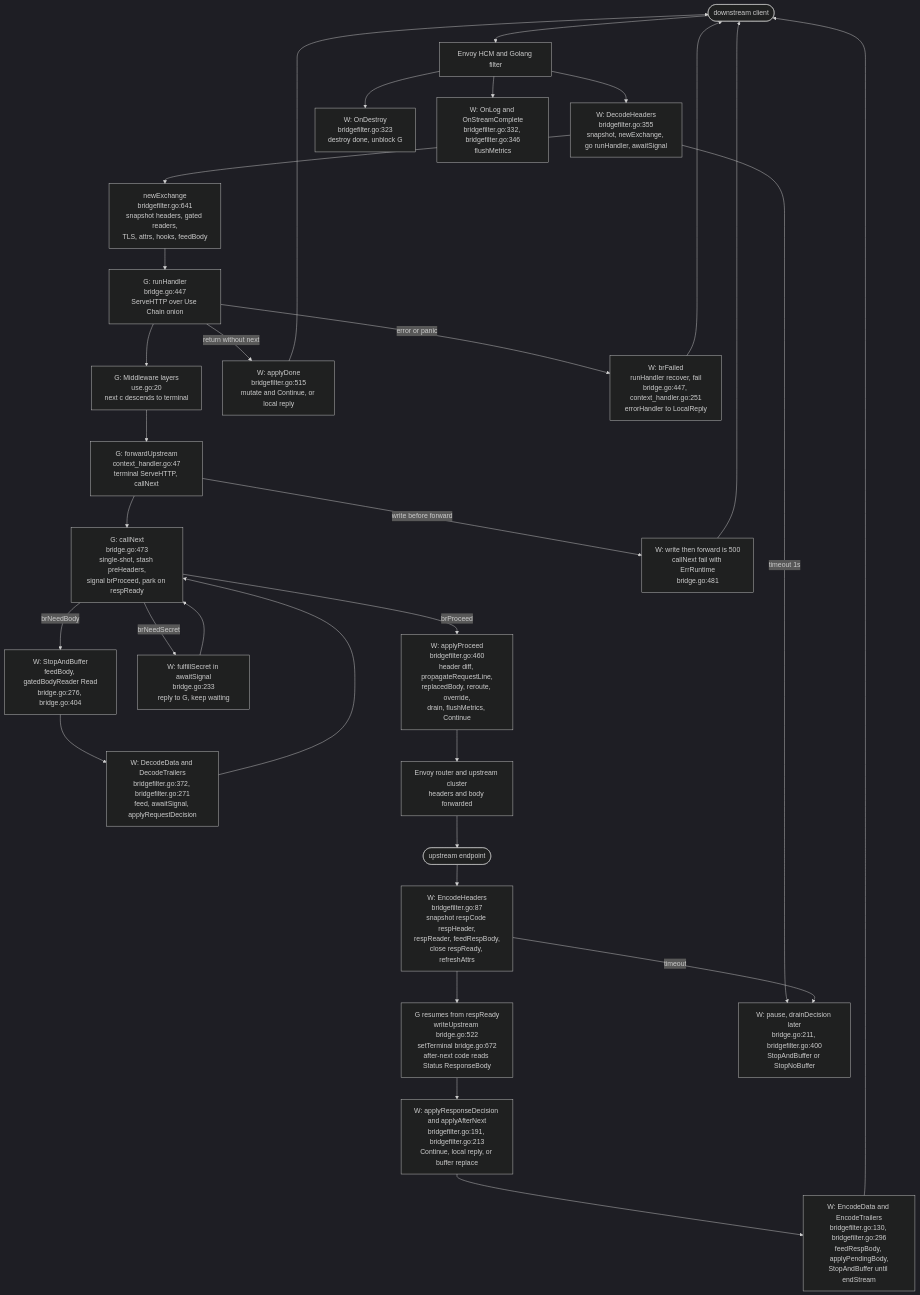
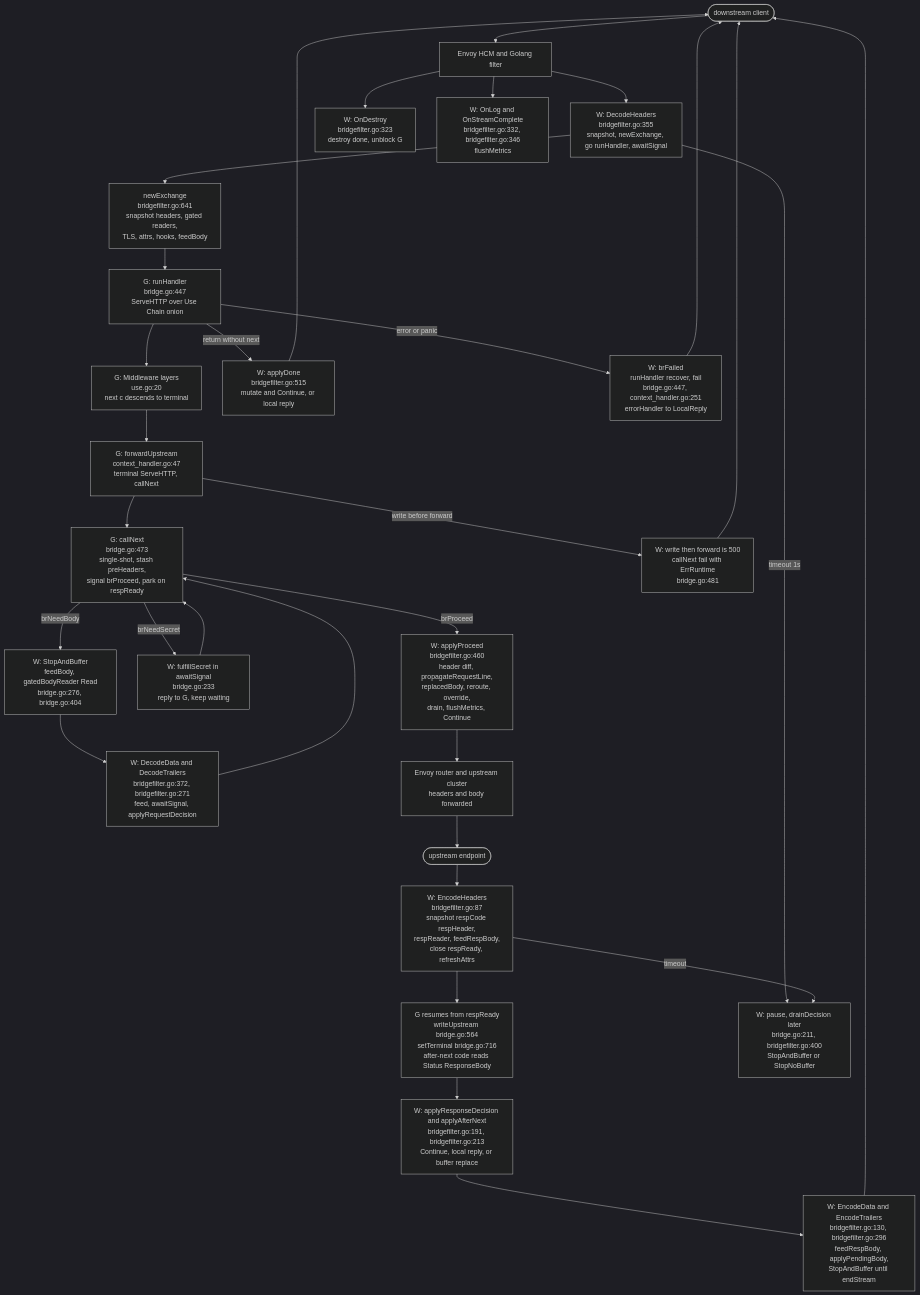
The diagram in docs/gonvoy/architecture.md (ardikabs/gonvoy), drawn with Mermaid (dark theme) before and after one commit. The commit also changed other lines of this file and 27 other files, not shown here.

First line of the commit message:
feat: unify request/response header and body access (#81)

````diff
--- a/docs/gonvoy/architecture.md
+++ b/docs/gonvoy/architecture.md
@@ -16,42 +16,42 @@
 ```mermaid
 flowchart TD
     Client([downstream client]) --> EnvoyHCM[Envoy HCM and Golang filter]
     EnvoyHCM --> WDecodeHeaders["W: DecodeHeaders<br/>bridgefilter.go:355<br/>snapshot, newExchange, go runHandler, awaitSignal"]
     WDecodeHeaders --> NewExchange["newExchange<br/>bridgefilter.go:641<br/>snapshot headers, gated readers,<br/>TLS, attrs, hooks, feedBody"]
     NewExchange --> GRun["G: runHandler<br/>bridge.go:447<br/>ServeHTTP over Use Chain onion"]
     GRun --> Middleware["G: Middleware layers<br/>use.go:20<br/>next c descends to terminal"]
     Middleware --> ForwardUpstream["G: forwardUpstream<br/>context_handler.go:47<br/>terminal ServeHTTP, callNext"]
     ForwardUpstream --> CallNext["G: callNext<br/>bridge.go:473<br/>single-shot, stash preHeaders,<br/>signal brProceed, park on respReady"]
 
     CallNext -->|brNeedBody| WNeedBody["W: StopAndBuffer<br/>feedBody, gatedBodyReader Read<br/>bridge.go:276, bridge.go:404"]
     WNeedBody --> WDecodeData["W: DecodeData and DecodeTrailers<br/>bridgefilter.go:372, bridgefilter.go:271<br/>feed, awaitSignal, applyRequestDecision"]
     WDecodeData --> CallNext
 
     CallNext -->|brNeedSecret| WSecret["W: fulfillSecret in awaitSignal<br/>bridge.go:233<br/>reply to G, keep waiting"]
     WSecret --> CallNext
 
     CallNext -->|brProceed| WApplyProceed["W: applyProceed<br/>bridgefilter.go:460<br/>header diff, propagateRequestLine,<br/>replacedBody, reroute, override,<br/>drain, flushMetrics, Continue"]
     WApplyProceed --> Router[Envoy router and upstream cluster<br/>headers and body forwarded]
     Router --> Upstream([upstream endpoint])
 
     Upstream --> WEncodeHeaders["W: EncodeHeaders<br/>bridgefilter.go:87<br/>snapshot respCode respHeader,<br/>respReader, feedRespBody,<br/>close respReady, refreshAttrs"]
-    WEncodeHeaders --> GResume["G resumes from respReady<br/>writeUpstream bridge.go:522<br/>setTerminal bridge.go:672<br/>after-next code reads Status ResponseBody"]
+    WEncodeHeaders --> GResume["G resumes from respReady<br/>writeUpstream bridge.go:564<br/>setTerminal bridge.go:716<br/>after-next code reads Status ResponseBody"]
     GResume --> WApplyAfterNext["W: applyResponseDecision and applyAfterNext<br/>bridgefilter.go:191, bridgefilter.go:213<br/>Continue, local reply, or buffer replace"]
     WApplyAfterNext --> WEncodeData["W: EncodeData and EncodeTrailers<br/>bridgefilter.go:130, bridgefilter.go:296<br/>feedRespBody, applyPendingBody,<br/>StopAndBuffer until endStream"]
     WEncodeData --> Client
 
     GRun -->|return without next| WApplyDone["W: applyDone<br/>bridgefilter.go:515<br/>mutate and Continue, or local reply"]
     WApplyDone --> Client
 
     GRun -->|error or panic| WFailed["W: brFailed<br/>runHandler recover, fail<br/>bridge.go:447, context_handler.go:251<br/>errorHandler to LocalReply"]
     WFailed --> Client
 
     ForwardUpstream -->|write before forward| WWriteConflict["W: write then forward is 500<br/>callNext fail with ErrRuntime<br/>bridge.go:481"]
     WWriteConflict --> Client
 
     WDecodeHeaders -->|timeout 1s| WTimeout["W: pause, drainDecision later<br/>bridge.go:211, bridgefilter.go:400<br/>StopAndBuffer or StopNoBuffer"]
     WEncodeHeaders -->|timeout| WTimeout
 
     EnvoyHCM --> WDestroy["W: OnDestroy<br/>bridgefilter.go:323<br/>destroy done, unblock G"]
     EnvoyHCM --> WLog["W: OnLog and OnStreamComplete<br/>bridgefilter.go:332, bridgefilter.go:346<br/>flushMetrics"]
 ```
````
